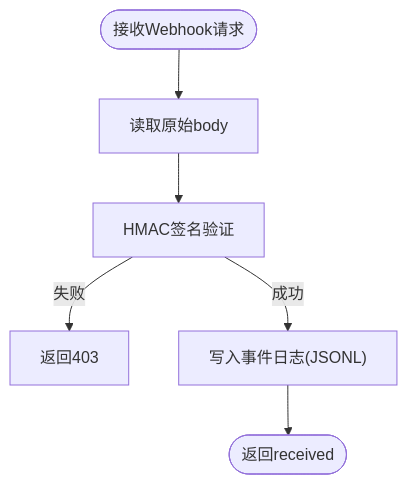
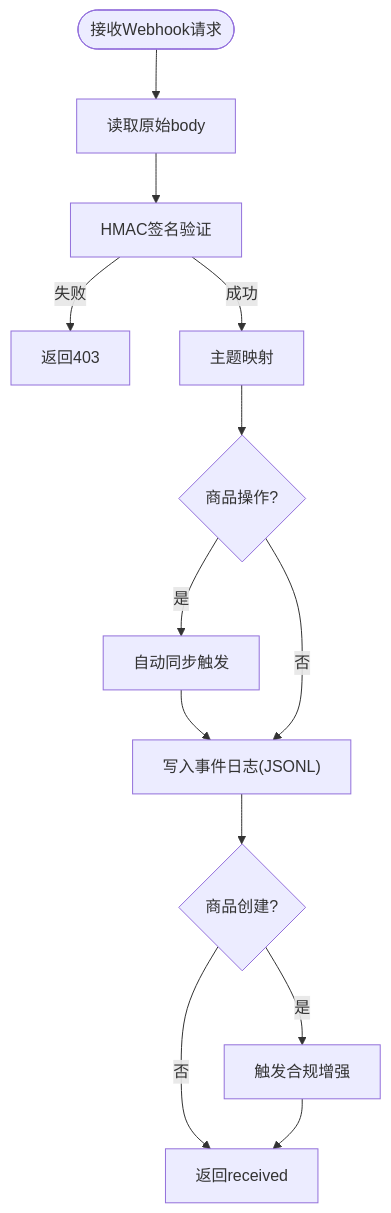
The seventh of 10 diagrams in .qoder/repowiki/zh/content/集成与扩展/Shopify集成.md (angledick/-), drawn with Mermaid before and after one commit. The commit also changed other lines of this file and 770 other files, not shown here.

````diff
--- a/.qoder/repowiki/zh/content/集成与扩展/Shopify集成.md
+++ b/.qoder/repowiki/zh/content/集成与扩展/Shopify集成.md
@@ -265,8 +348,15 @@
 ```mermaid
 flowchart TD
 WStart(["接收Webhook请求"]) --> ReadBody["读取原始body"]
 ReadBody --> Verify["HMAC签名验证"]
 Verify --> |失败| WErr["返回403"]
-Verify --> |成功| Log["写入事件日志(JSONL)"]
-Log --> WDone(["返回received"])
+Verify --> |成功| TopicMap["主题映射"]
+TopicMap --> ProductOps{"商品操作?"}
+ProductOps --> |是| AutoSync["自动同步触发"]
+AutoSync --> Log["写入事件日志(JSONL)"]
+ProductOps --> |否| Log
+Log --> ComplEnrich{"商品创建?"}
+ComplEnrich --> |是| Enrich["触发合规增强"]
+ComplEnrich --> |否| WDone["返回received"]
+Enrich --> WDone
 ```
````
